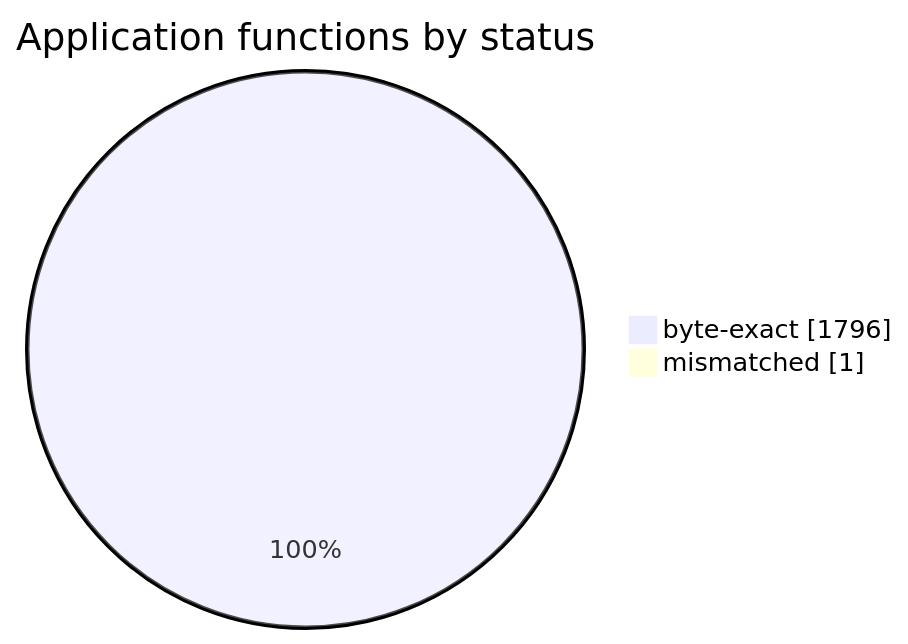
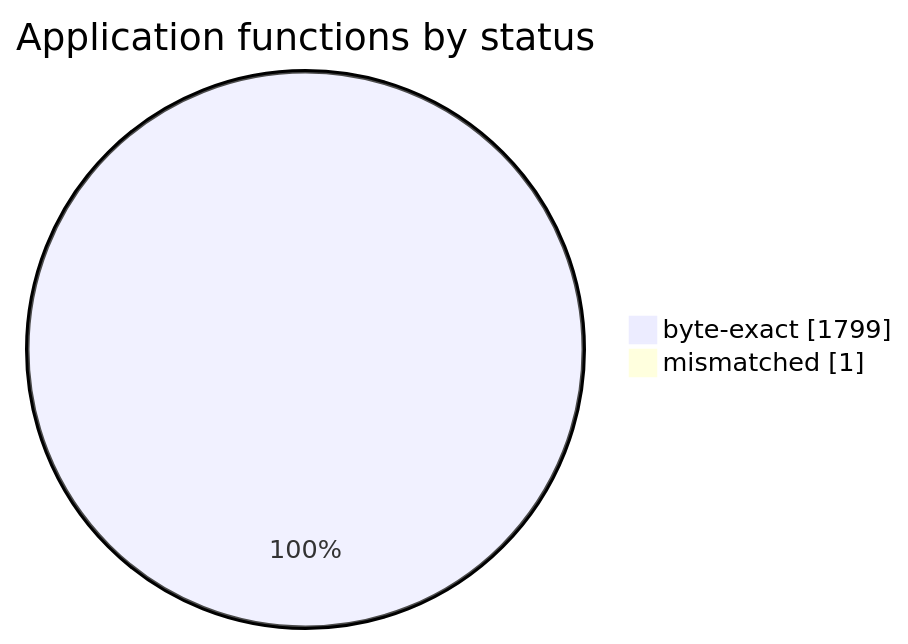
One commit to sorokya/eos changed the diagram in README.md. Above: the diagram before and after it, drawn with Mermaid. The commit also changed other lines of this file, not shown here.

Commit message:
Update README.md: reflect progress on application functions and byte-exact status

````diff
--- a/README.md
+++ b/README.md
@@ -154,6 +154,6 @@
 ```mermaid
 pie showData
     title Application functions by status
-    "byte-exact" : 1796
+    "byte-exact" : 1799
     "mismatched" : 1
 ```
````
